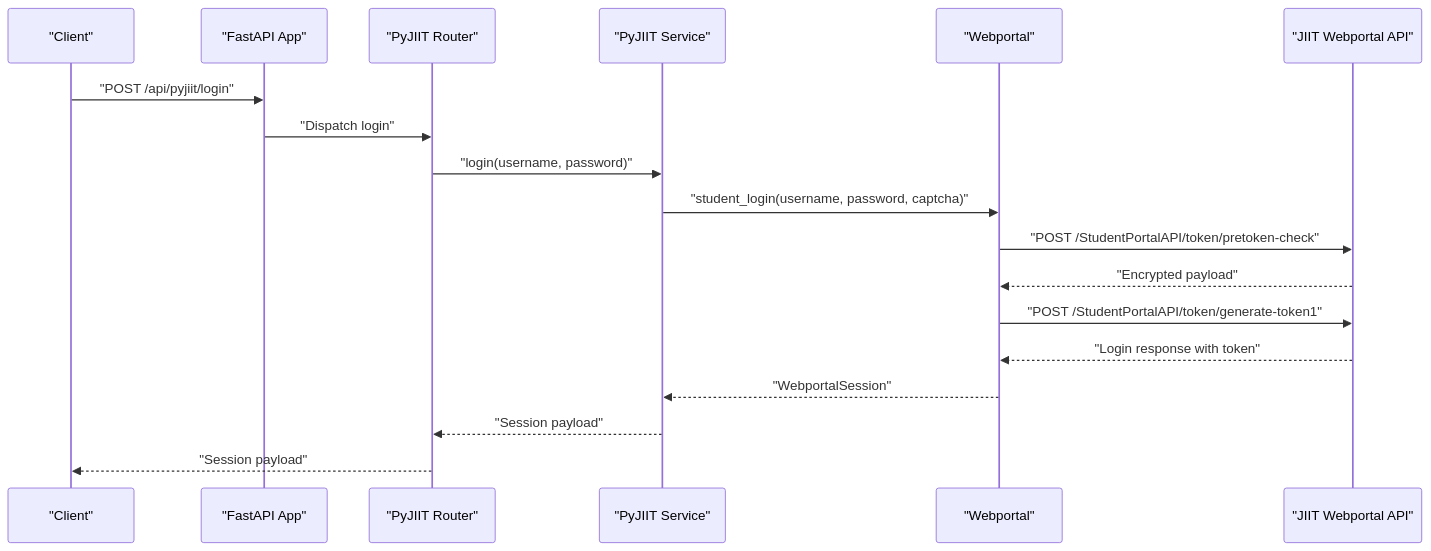
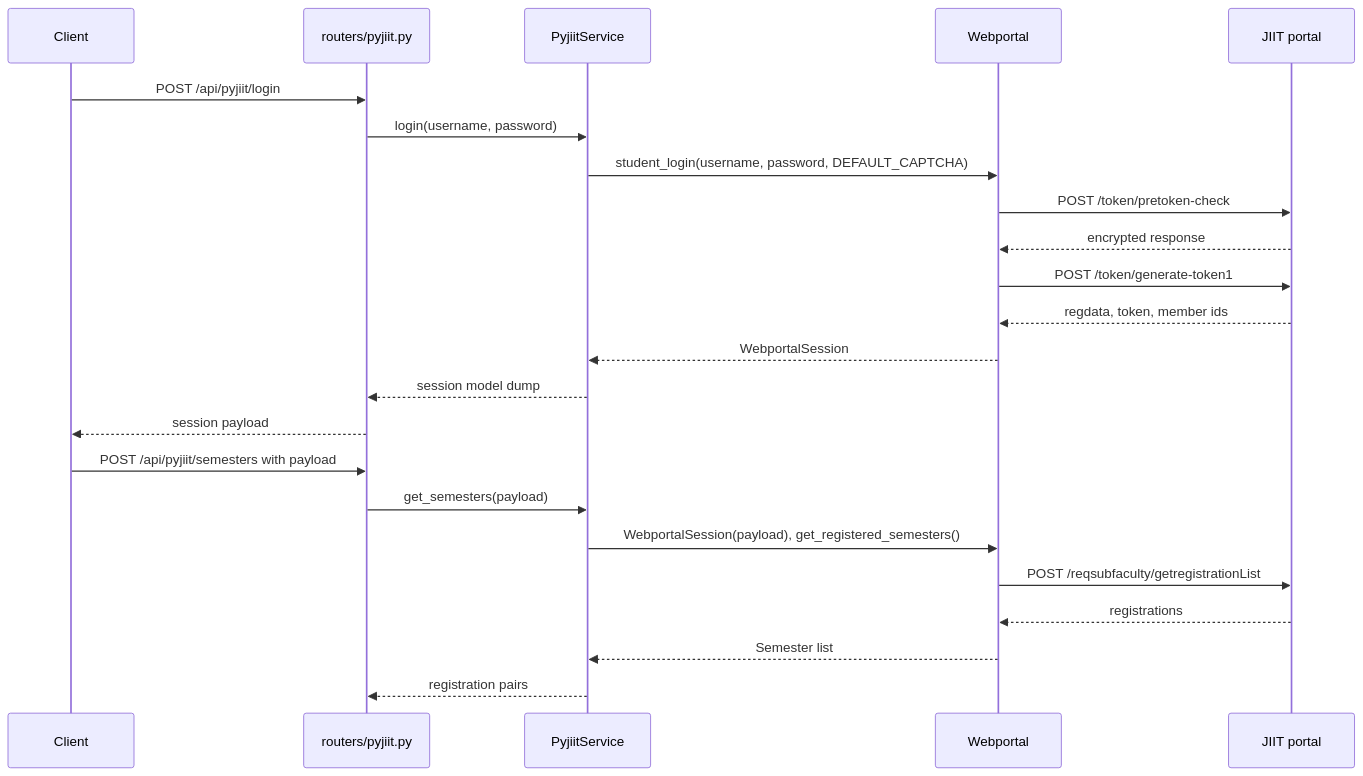
One commit to tashifkhan/tashif.codes changed the second of 6 diagrams in src/data/docs/agentic-browser/Service Integrations/Academic Portal Integration.md. Above: the diagram before and after it, drawn with Mermaid. The commit also changed other lines of this file and 114 other files, not shown here.

````diff
--- a/src/data/docs/agentic-browser/Service Integrations/Academic Portal Integration.md
+++ b/src/data/docs/agentic-browser/Service Integrations/Academic Portal Integration.md
@@ -54,20 +73,25 @@
 ```mermaid
 sequenceDiagram
-participant Client as "Client"
-participant API as "FastAPI App"
-participant Router as "PyJIIT Router"
-participant Service as "PyJIIT Service"
-participant WP as "Webportal"
-participant Portal as "JIIT Webportal API"
-Client->>API : "POST /api/pyjiit/login"
-API->>Router : "Dispatch login"
-Router->>Service : "login(username, password)"
-Service->>WP : "student_login(username, password, captcha)"
-WP->>Portal : "POST /StudentPortalAPI/token/pretoken-check"
-Portal-->>WP : "Encrypted payload"
-WP->>Portal : "POST /StudentPortalAPI/token/generate-token1"
-Portal-->>WP : "Login response with token"
-WP-->>Service : "WebportalSession"
-Service-->>Router : "Session payload"
-Router-->>Client : "Session payload"
+  participant C as Client
+  participant R as routers/pyjiit.py
+  participant S as PyjiitService
+  participant W as Webportal
+  participant P as JIIT portal
+  C->>R: POST /api/pyjiit/login
+  R->>S: login(username, password)
+  S->>W: student_login(username, password, DEFAULT_CAPTCHA)
+  W->>P: POST /token/pretoken-check
+  P-->>W: encrypted response
+  W->>P: POST /token/generate-token1
+  P-->>W: regdata, token, member ids
+  W-->>S: WebportalSession
+  S-->>R: session model dump
+  R-->>C: session payload
+  C->>R: POST /api/pyjiit/semesters with payload
+  R->>S: get_semesters(payload)
+  S->>W: WebportalSession(payload), get_registered_semesters()
+  W->>P: POST /reqsubfaculty/getregistrationList
+  P-->>W: registrations
+  W-->>S: Semester list
+  S-->>R: registration pairs
 ```
````
